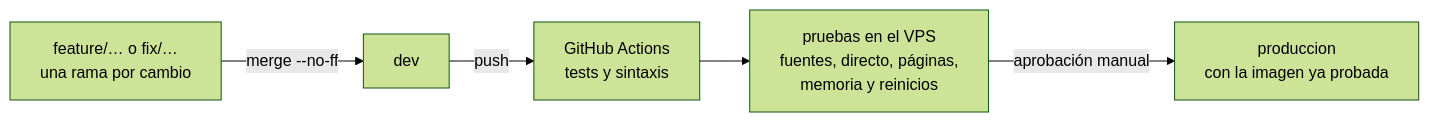
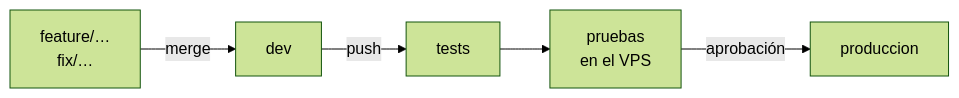
Before and after one commit to FlorinTodor/radar-es: the first of 3 diagrams in README.md, drawn with Mermaid (forest theme). The commit also changed other lines of this file and 1 other file, not shown here.

Commit message:
Diagramas legibles en GitHub: en vertical y con textos cortos (no se cortan ni se encogen); la arquitectura, en capas con una tabla de lo que hay en cada una

````diff
--- a/README.md
+++ b/README.md
@@ -63,7 +63,7 @@
 ```mermaid
 flowchart LR
-  f["feature/… o fix/…<br/>una rama por cambio"] -->|"merge --no-ff"| d["dev"]
-  d -->|"push"| t["GitHub Actions<br/>tests y sintaxis"]
-  t --> p["pruebas en el VPS<br/>fuentes, directo, páginas,<br/>memoria y reinicios"]
-  p -->|"aprobación manual"| prod["produccion<br/>con la imagen ya probada"]
+  f["feature/…<br/>fix/…"] -->|"merge"| d["dev"]
+  d -->|"push"| t["tests"]
+  t --> p["pruebas<br/>en el VPS"]
+  p -->|"aprobación"| prod["produccion"]
 ```
````
